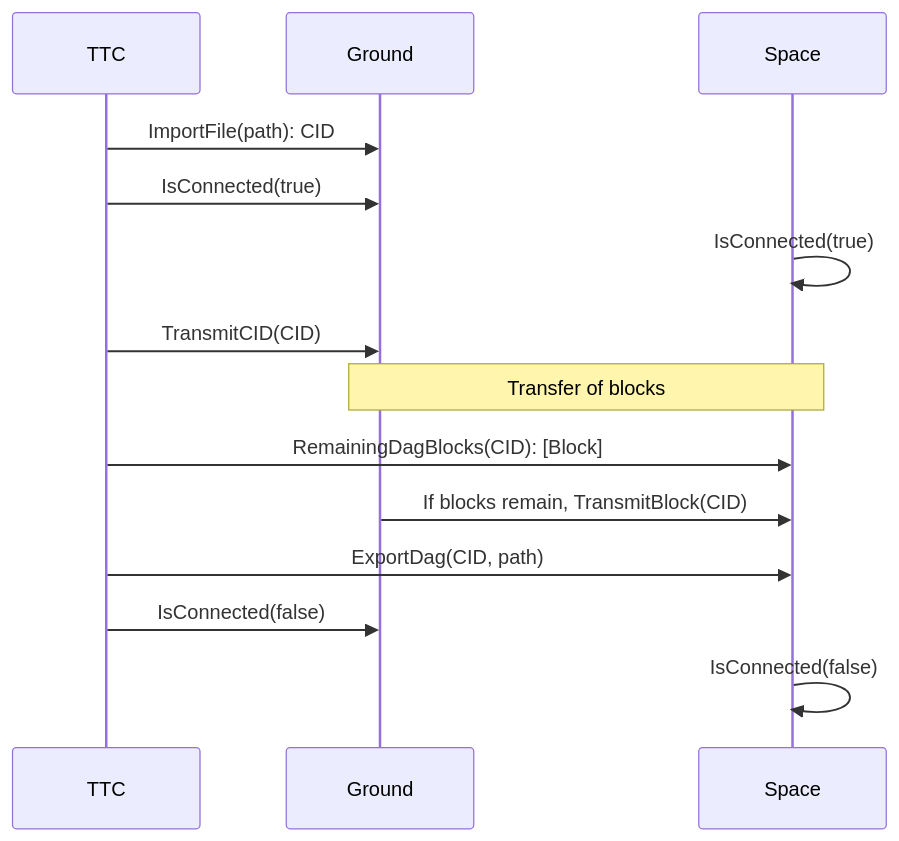
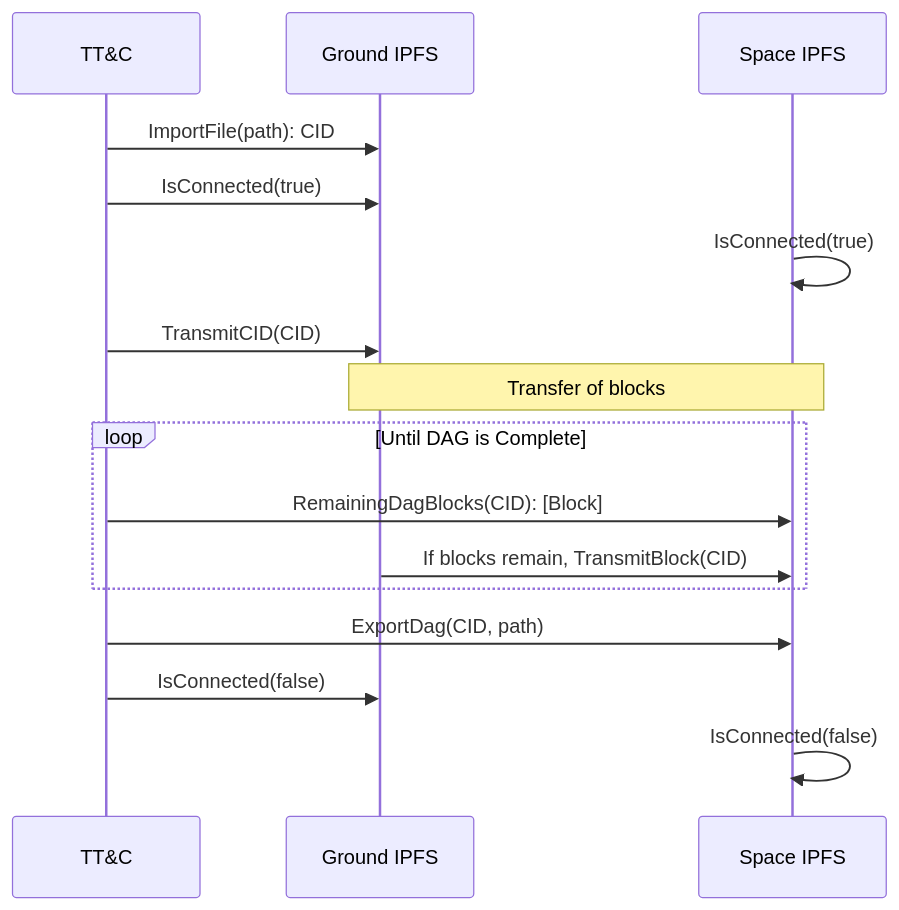
The second of 3 diagrams in README.md (ipfs-shipyard/space), drawn with Mermaid before and after one commit. The commit also changed other lines of this file, not shown here.

````diff
--- a/README.md
+++ b/README.md
@@ -123,16 +126,18 @@
 ```mermaid
 sequenceDiagram
-    participant TTC
-    participant Ground
-    participant Space
-    TTC->>Ground: ImportFile(path): CID
-    TTC->>Ground: IsConnected(true)
-    Space->>Space: IsConnected(true)
-    TTC->>Ground: TransmitCID(CID)
-    Note over Ground, Space: Transfer of blocks
-    TTC->>Space: RemainingDagBlocks(CID): [Block]
-    Ground->>Space: If blocks remain, TransmitBlock(CID)
-    TTC->>Space: ExportDag(CID, path)
-    TTC->>Ground: IsConnected(false)
-    Space->>Space: IsConnected(false)
+    participant T as TT&C
+    participant G as Ground IPFS
+    participant S as Space IPFS
+    T->>G: ImportFile(path): CID
+    T->>G: IsConnected(true)
+    S->>S: IsConnected(true)
+    T->>G: TransmitCID(CID)
+    Note over G, S: Transfer of blocks
+    loop Until DAG is Complete
+        T->>S: RemainingDagBlocks(CID): [Block]
+        G->>S: If blocks remain, TransmitBlock(CID)
+    end
+    T->>S: ExportDag(CID, path)
+    T->>G: IsConnected(false)
+    S->>S: IsConnected(false)
 ```
````
